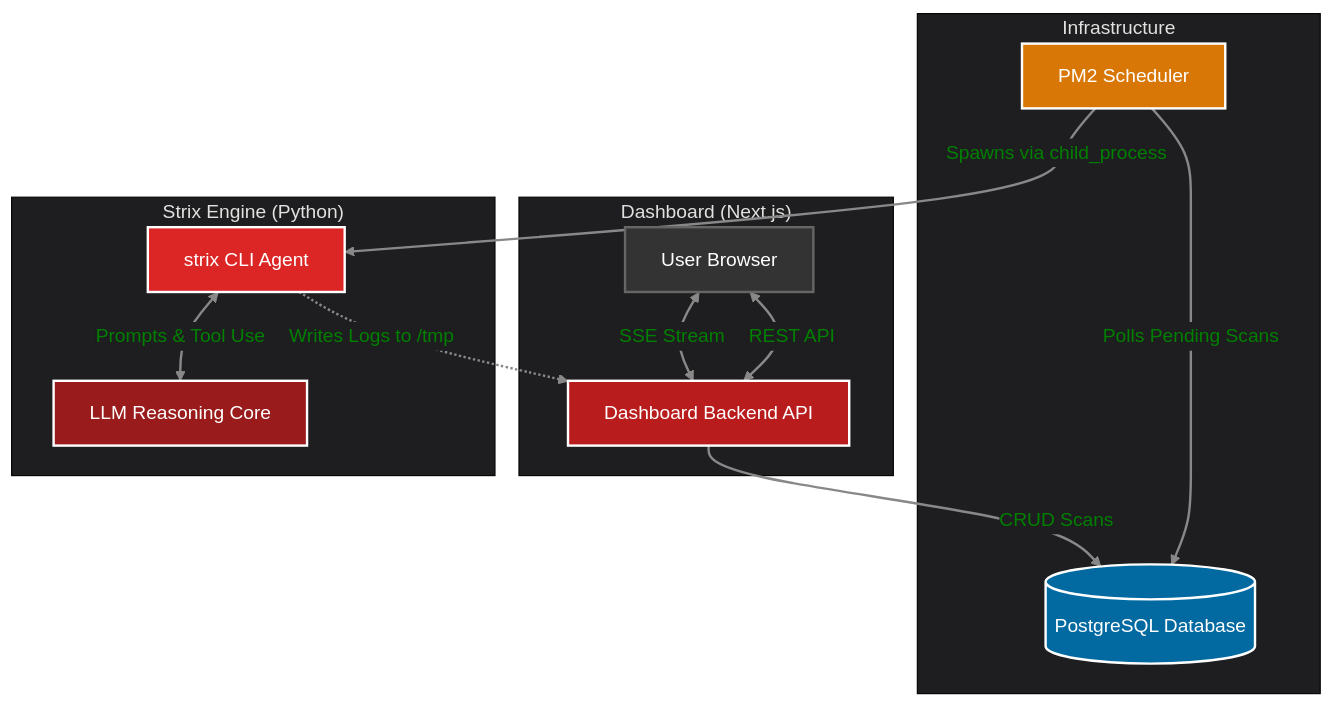
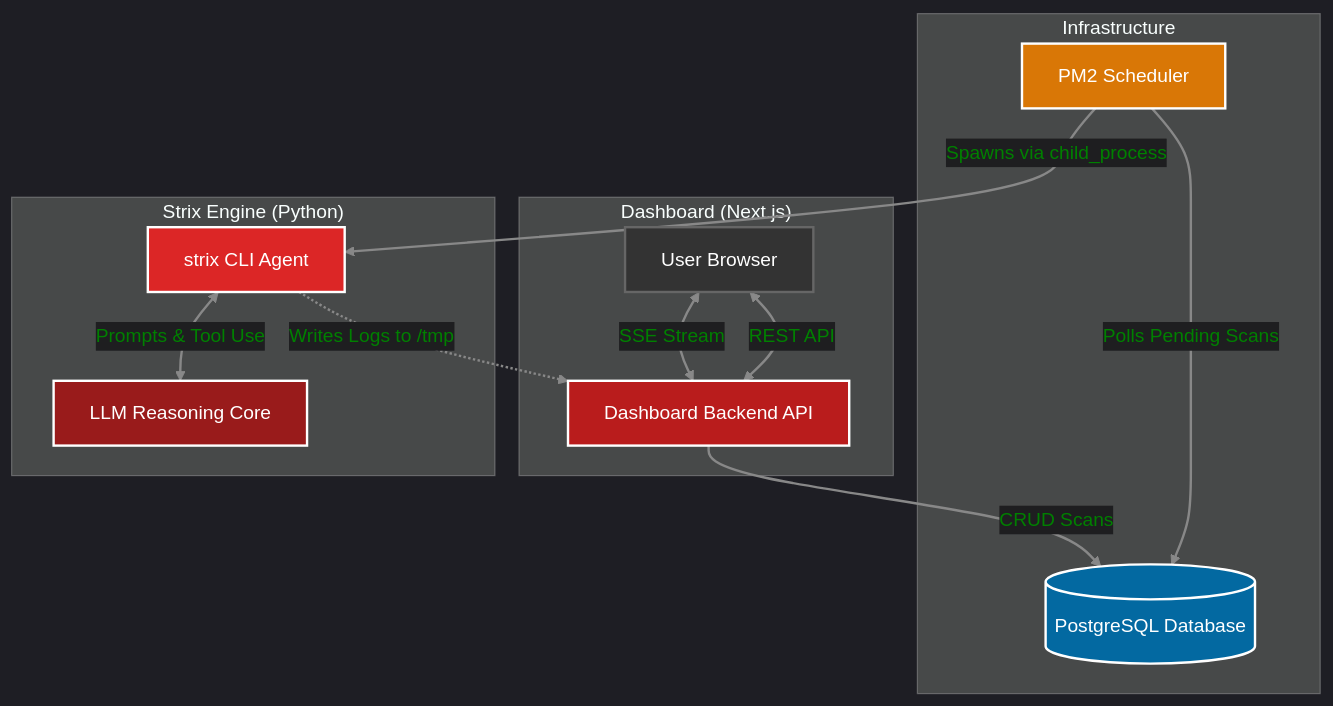
One commit to Ahmadd018/projectstrix changed the diagram in docs/architecture/system-overview.md. Above: the diagram before and after it, drawn with Mermaid. The commit also changed 3 other files, not shown here.

Commit message:
UI: Switch all Mermaid diagrams to dark theme globally to ensure white text contrast on dark backgrounds

````diff
--- a/docs/architecture/system-overview.md
+++ b/docs/architecture/system-overview.md
@@ -13,35 +13,35 @@
 ```mermaid
-%%{init: {'theme': 'base', 'themeVariables': { 'primaryColor': '#dc2626', 'edgeLabelBackground':'#1e1e20', 'tertiaryColor': '#1e1e20'}}}%%
+%%{init: {'theme': 'dark', 'themeVariables': { 'primaryColor': '#dc2626', 'edgeLabelBackground':'#1e1e20' }}}%%
 graph TD
     subgraph UI["Dashboard (Next.js)"]
         A[User Browser]
         B[Dashboard Backend API]
         A <-->|SSE Stream| B
         A <-->|REST API| B
     end
 
     subgraph Infra["Infrastructure"]
         E[(PostgreSQL Database)]
         F[PM2 Scheduler]
     end
 
     subgraph Core["Strix Engine (Python)"]
         C[strix CLI Agent]
         D[LLM Reasoning Core]
         C <-->|Prompts & Tool Use| D
     end
 
     B -->|CRUD Scans| E
     F -->|Polls Pending Scans| E
     F -->|Spawns via child_process| C
     C -.->|Writes Logs to /tmp| B
     
     style A fill:#333,stroke:#666,stroke-width:2px,color:#fff
     style B fill:#b91c1c,stroke:#fff,stroke-width:2px,color:#fff
     style C fill:#dc2626,stroke:#fff,stroke-width:2px,color:#fff
     style D fill:#991b1b,stroke:#fff,stroke-width:2px,color:#fff
     style E fill:#0369a1,stroke:#fff,stroke-width:2px,color:#fff
     style F fill:#d97706,stroke:#fff,stroke-width:2px,color:#fff
     
     linkStyle default stroke:#888,stroke-width:2px,color:#008000
 ```
````
